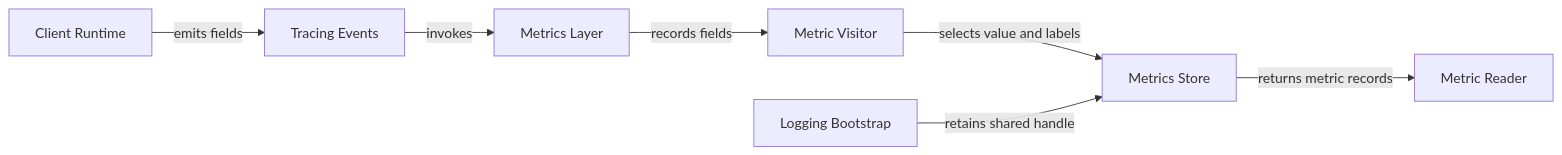
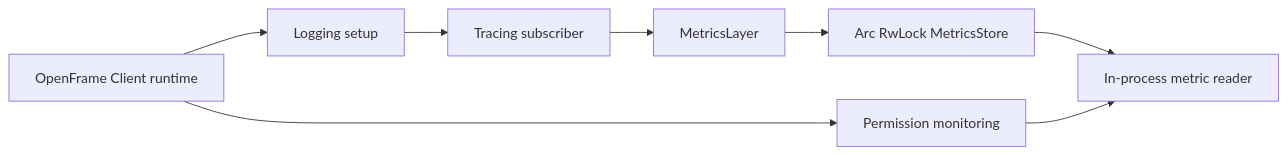
Before and after one commit to flamingo-stack/openframe-oss-tenant: the first of 4 diagrams in docs/reference/architecture/openframe-client-core/logging-metrics/logging-metrics.md, drawn with Mermaid. The commit also changed other lines of this file and 2377 other files, not shown here.

````diff
--- a/docs/reference/architecture/openframe-client-core/logging-metrics/logging-metrics.md
+++ b/docs/reference/architecture/openframe-client-core/logging-metrics/logging-metrics.md
@@ -20,16 +20,10 @@
 ```mermaid
 flowchart LR
-    Runtime["Client Runtime"]
-    Events["Tracing Events"]
-    Layer["Metrics Layer"]
-    Visitor["Metric Visitor"]
-    Store["Metrics Store"]
-    Reader["Metric Reader"]
-    Bootstrap["Logging Bootstrap"]
-    Runtime -->|"emits fields"| Events
-    Events -->|"invokes"| Layer
-    Layer -->|"records fields"| Visitor
-    Visitor -->|"selects value and labels"| Store
-    Store -->|"returns metric records"| Reader
-    Bootstrap -->|"retains shared handle"| Store
+    ClientRuntime["OpenFrame Client runtime"] --> LoggingSetup["Logging setup"]
+    LoggingSetup --> TracingSubscriber["Tracing subscriber"]
+    TracingSubscriber --> MetricsLayer["MetricsLayer"]
+    MetricsLayer --> SharedStore["Arc RwLock MetricsStore"]
+    SharedStore --> InProcessReader["In-process metric reader"]
+    ClientRuntime --> PermissionMonitoring["Permission monitoring"]
+    PermissionMonitoring --> InProcessReader
 ```
````
